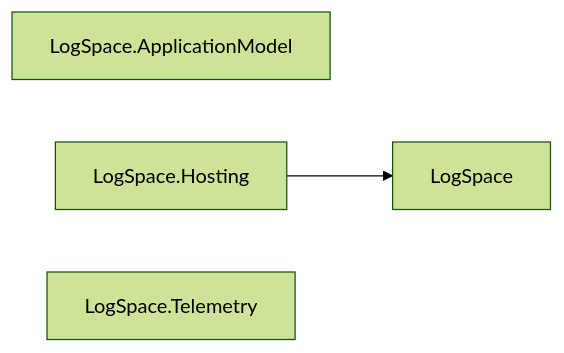
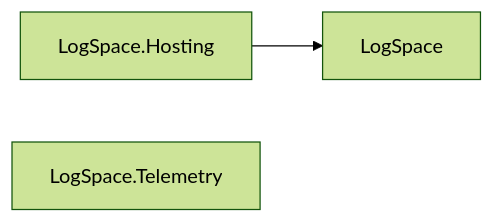
Diagram 19 of 27 in docs/DEPENDENCIES.md (assimalign/cohesion), drawn with Mermaid (forest theme) before and after one commit. The commit also changed other lines of this file and 441 other files, not shown here.

````diff
--- a/docs/DEPENDENCIES.md
+++ b/docs/DEPENDENCIES.md
@@ -789,8 +771,7 @@
 ```mermaid
 flowchart LR
     N0["LogSpace"]
-    N1["LogSpace.ApplicationModel"]
-    N2["LogSpace.Hosting"]
-    N3["LogSpace.Telemetry"]
-    N2 --> N0
+    N1["LogSpace.Hosting"]
+    N2["LogSpace.Telemetry"]
+    N1 --> N0
 ```
````
